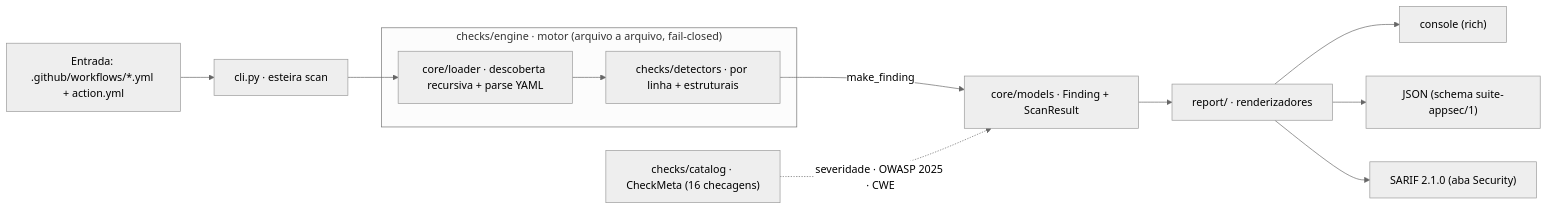
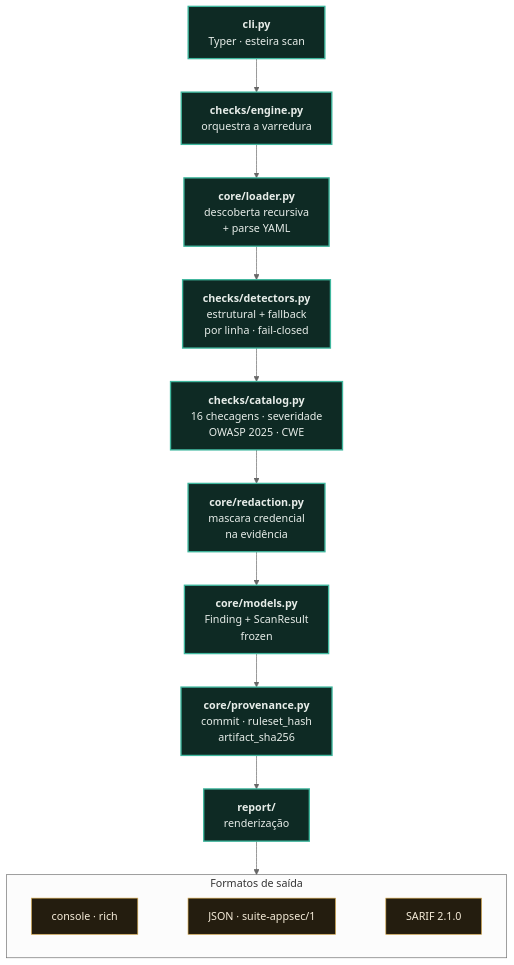
The diagram in README.md (Paulo-Marcos-Lucio/esteira), drawn with Mermaid (neutral theme) before and after one commit.

Commit message:
docs(readme): diagrama de arquitetura vertical e legivel
O flowchart LR virava um trilho horizontal ilegivel — nos minusculos
numa faixa unica. Reescreve para flowchart TD, com rotulos curtos em
duas linhas (modulo + o que faz), formatos de saida agrupados num
subgraph LR e cores da suite via classDef. Reflete a arquitetura real
e atual: cli -> engine -> loader -> detectors -> catalog/redaction ->
models -> provenance -> report (console/JSON/SARIF).

````diff
--- a/README.md
+++ b/README.md
@@ -234,14 +234,20 @@
 ```mermaid
-flowchart LR
-    IN["Entrada: .github/workflows/*.yml + action.yml"] --> CLI["cli.py · esteira scan"]
-    subgraph MOTOR["checks/engine · motor (arquivo a arquivo, fail-closed)"]
-        LOAD["core/loader · descoberta recursiva + parse YAML"] --> DET["checks/detectors · por linha + estruturais"]
+flowchart TD
+    A["<b>cli.py</b><br/>Typer · esteira scan"] --> ENG["<b>checks/engine.py</b><br/>orquestra a varredura"]
+    ENG --> LOAD["<b>core/loader.py</b><br/>descoberta recursiva<br/>+ parse YAML"]
+    LOAD --> DET["<b>checks/detectors.py</b><br/>estrutural + fallback<br/>por linha · fail-closed"]
+    DET --> CAT["<b>checks/catalog.py</b><br/>16 checagens · severidade<br/>OWASP 2025 · CWE"]
+    CAT --> RED["<b>core/redaction.py</b><br/>mascara credencial<br/>na evidência"]
+    RED --> FND["<b>core/models.py</b><br/>Finding + ScanResult<br/>frozen"]
+    FND --> PRV["<b>core/provenance.py</b><br/>commit · ruleset_hash<br/>artifact_sha256"]
+    PRV --> REP["<b>report/</b><br/>renderização"]
+    REP --> OUT
+    subgraph OUT [" Formatos de saída "]
+        direction LR
+        CON["console · rich"] ~~~ JS["JSON · suite-appsec/1"] ~~~ SA["SARIF 2.1.0"]
     end
-    CLI --> LOAD
-    DET -->|make_finding| FND["core/models · Finding + ScanResult"]
-    CAT["checks/catalog · CheckMeta (16 checagens)"] -.->|"severidade · OWASP 2025 · CWE"| FND
-    FND --> REP["report/ · renderizadores"]
-    REP --> CON["console (rich)"]
-    REP --> JSN["JSON (schema suite-appsec/1)"]
-    REP --> SAR["SARIF 2.1.0 (aba Security)"]
+    classDef nucleo fill:#0e2a24,stroke:#3fb79e,stroke-width:2px,color:#e7ede9;
+    classDef saida fill:#241d0f,stroke:#d6a94e,color:#f5ecd9;
+    class A,ENG,LOAD,DET,CAT,RED,FND,PRV,REP nucleo;
+    class CON,JS,SA saida;
 ```
````
